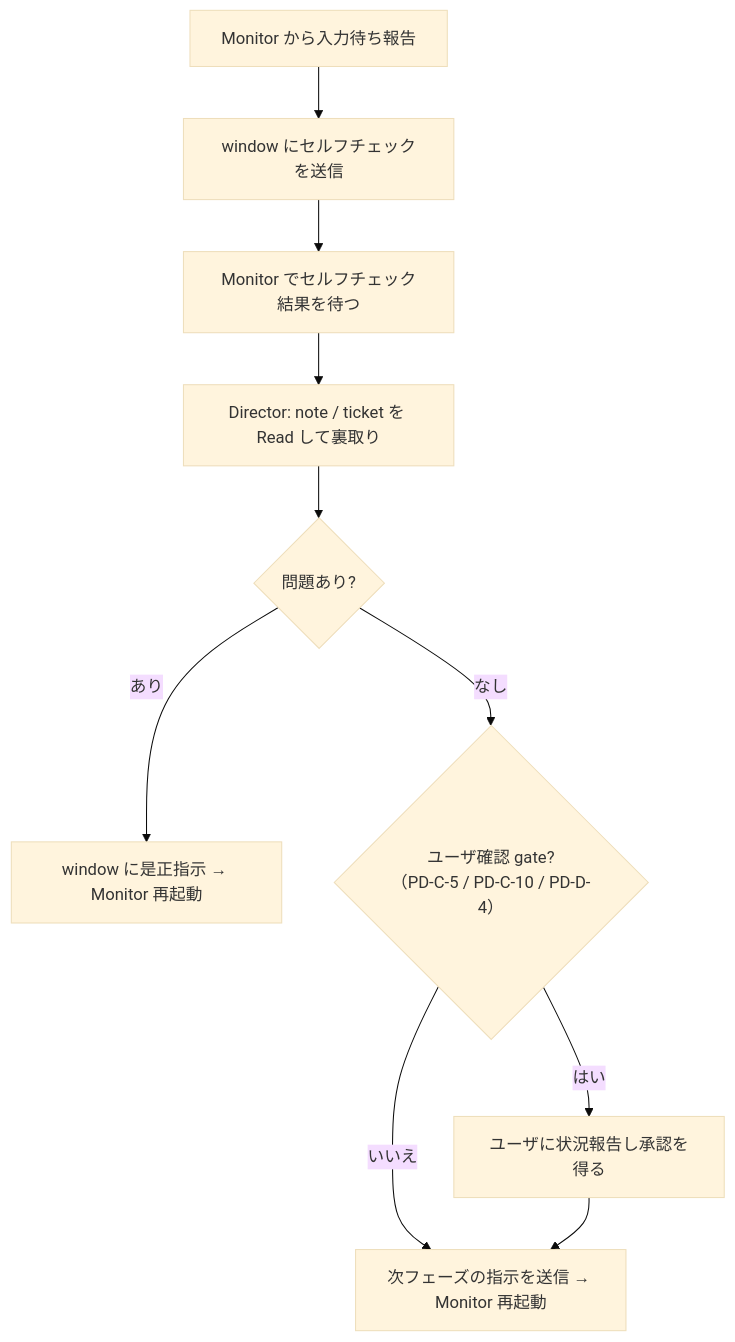
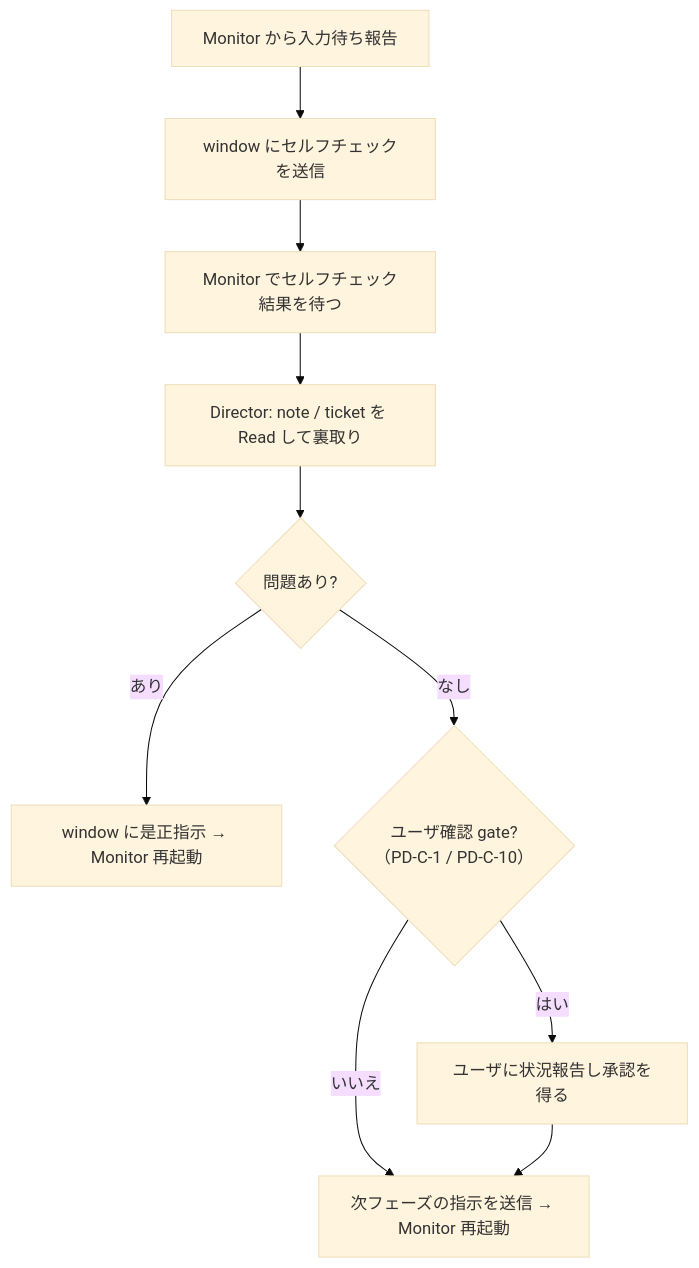
The third of 3 diagrams in skills/tmux-director/SKILL.md (masuidrive/pdh), drawn with Mermaid (base theme) before and after one commit. The commit also changed other lines of this file and 3 other files, not shown here.

First line of the commit message:
[skill] Direct flow へ全面 refactor — Light/Full + Epic 概念を廃止、1 ticket = 1 work へ統一

````diff
--- a/skills/tmux-director/SKILL.md
+++ b/skills/tmux-director/SKILL.md
@@ -440,12 +383,12 @@
 ```mermaid
 flowchart TD
     R1["Monitor から入力待ち報告"] --> R2["window にセルフチェックを送信"]
     R2 --> R3["Monitor でセルフチェック結果を待つ"]
     R3 --> R4["Director: note / ticket を Read して裏取り"]
     R4 --> R5{"問題あり?"}
     R5 -- "あり" --> R6["window に是正指示 → Monitor 再起動"]
-    R5 -- "なし" --> R7{"ユーザ確認 gate?<br/>（PD-C-5 / PD-C-10 / PD-D-4）"}
+    R5 -- "なし" --> R7{"ユーザ確認 gate?<br/>（PD-C-1 / PD-C-10）"}
     R7 -- "いいえ" --> R8["次フェーズの指示を送信 → Monitor 再起動"]
     R7 -- "はい" --> R9["ユーザに状況報告し承認を得る"]
     R9 --> R8
 ```
````
